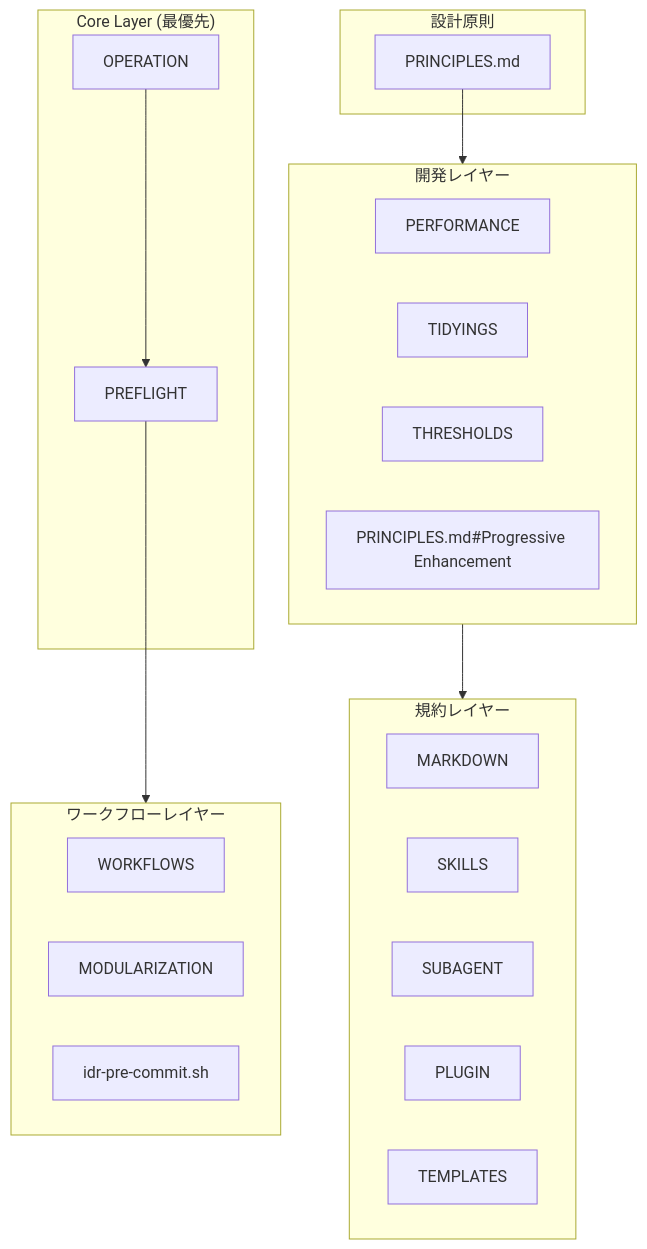
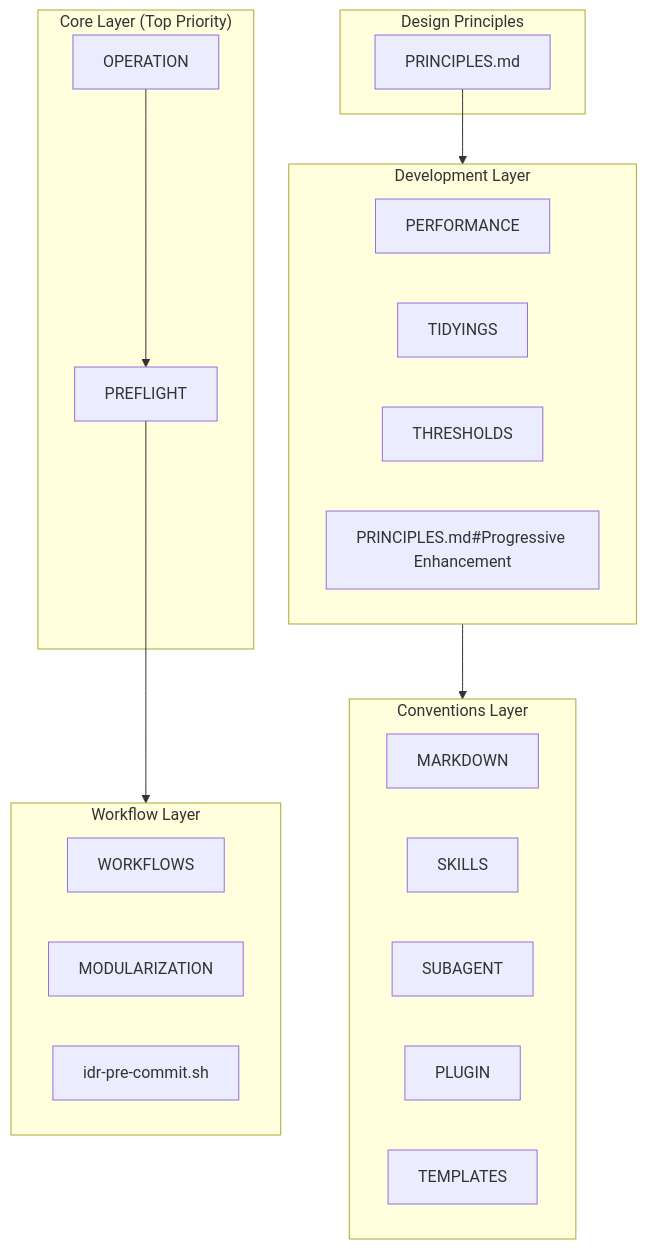
One commit to thkt/dotclaude changed the first of 2 diagrams in .ja/docs/DESIGN.md. Above: the diagram before and after it, drawn with Mermaid. The commit also changed other lines of this file and 380 other files, not shown here.

````diff
--- a/.ja/docs/DESIGN.md
+++ b/.ja/docs/DESIGN.md
@@ -9,37 +9,37 @@
 ```mermaid
 graph TD
-    subgraph Core["Core Layer (最優先)"]
+    subgraph Core["Core Layer (Top Priority)"]
         OPS[OPERATION]
         PFL[PREFLIGHT]
     end
 
-    subgraph Principles["設計原則"]
+    subgraph Principles["Design Principles"]
         P[PRINCIPLES.md]
     end
 
-    subgraph Development["開発レイヤー"]
+    subgraph Development["Development Layer"]
         PERF[PERFORMANCE]
         TIDY[TIDYINGS]
         CODE[THRESHOLDS]
         PROG[PRINCIPLES.md#Progressive Enhancement]
     end
 
-    subgraph Conventions["規約レイヤー"]
+    subgraph Conventions["Conventions Layer"]
         MD[MARKDOWN]
         SKILL[SKILLS]
         SUB[SUBAGENT]
         PLUG[PLUGIN]
         TEMP[TEMPLATES]
     end
 
-    subgraph Workflows["ワークフローレイヤー"]
+    subgraph Workflows["Workflow Layer"]
         WG[WORKFLOWS]
         MOD[MODULARIZATION]
         IDR[idr-pre-commit.sh]
     end
 
     OPS --> PFL
     P --> Development
     PFL --> Workflows
     Development --> Conventions
 ```
````
